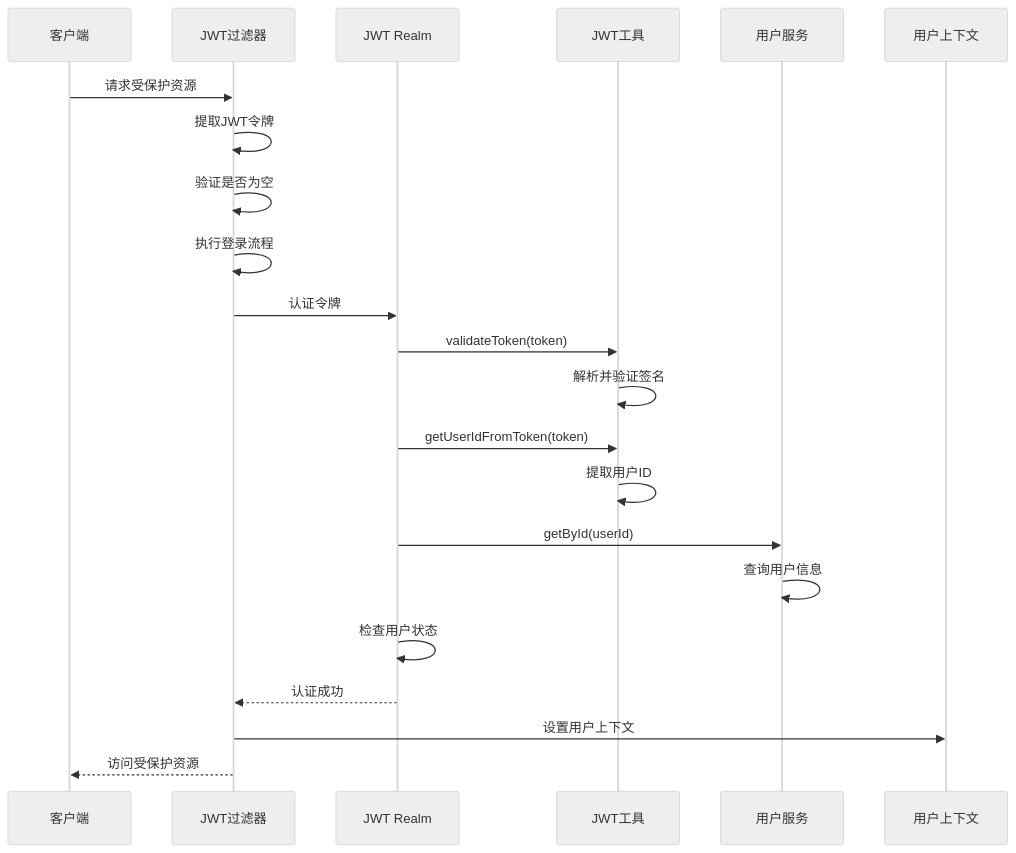
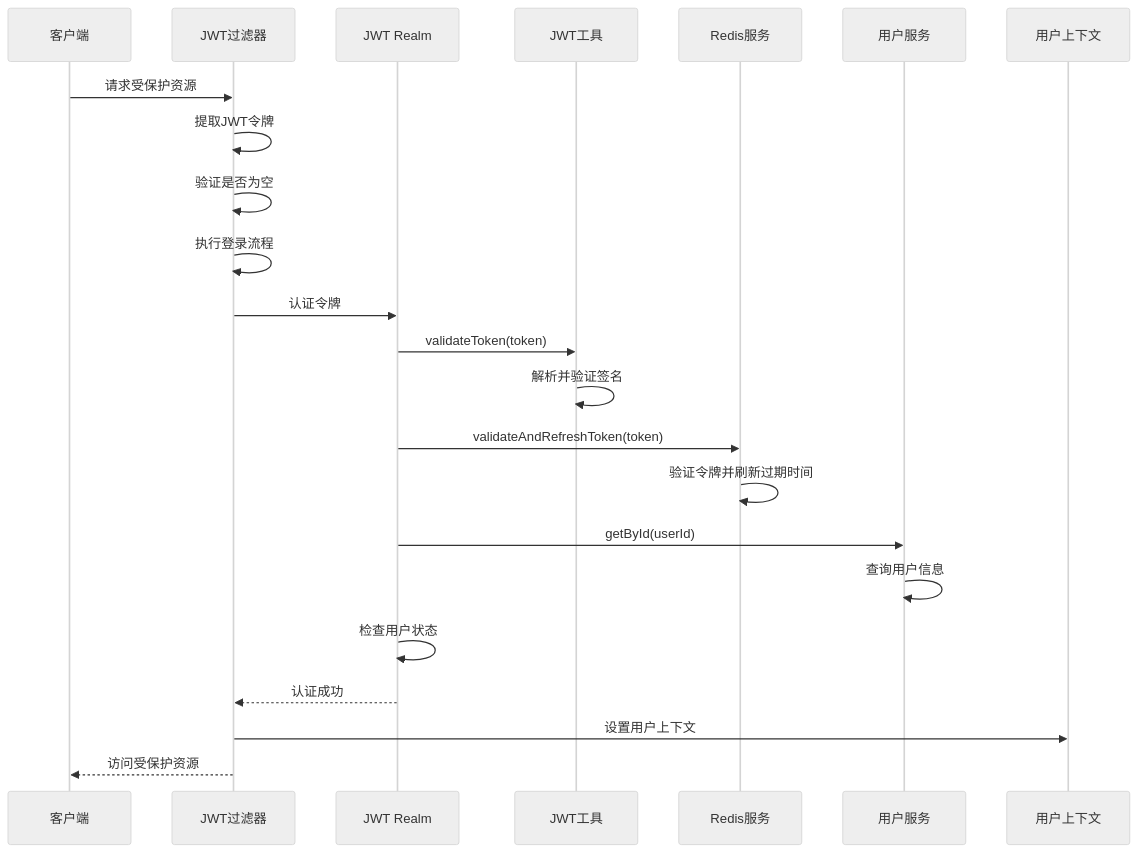
The fifth of 9 diagrams in .qoder/repowiki/zh/content/系统架构/安全架构设计.md (20164206160/zhishilu), drawn with Mermaid (neutral theme) before and after one commit. The commit also changed other lines of this file and 28 other files, not shown here.

````diff
--- a/.qoder/repowiki/zh/content/系统架构/安全架构设计.md
+++ b/.qoder/repowiki/zh/content/系统架构/安全架构设计.md
@@ -219,24 +241,25 @@
 ```mermaid
 sequenceDiagram
 participant Client as 客户端
 participant Filter as JWT过滤器
 participant Realm as JWT Realm
 participant Util as JWT工具
+participant Redis as Redis服务
 participant Service as 用户服务
 participant Context as 用户上下文
 Client->>Filter : 请求受保护资源
 Filter->>Filter : 提取JWT令牌
 Filter->>Filter : 验证是否为空
 Filter->>Filter : 执行登录流程
 Filter->>Realm : 认证令牌
 Realm->>Util : validateToken(token)
 Util->>Util : 解析并验证签名
-Realm->>Util : getUserIdFromToken(token)
-Util->>Util : 提取用户ID
+Realm->>Redis : validateAndRefreshToken(token)
+Redis->>Redis : 验证令牌并刷新过期时间
 Realm->>Service : getById(userId)
 Service->>Service : 查询用户信息
 Realm->>Realm : 检查用户状态
 Realm-->>Filter : 认证成功
 Filter->>Context : 设置用户上下文
 Filter-->>Client : 访问受保护资源
 ```
````
